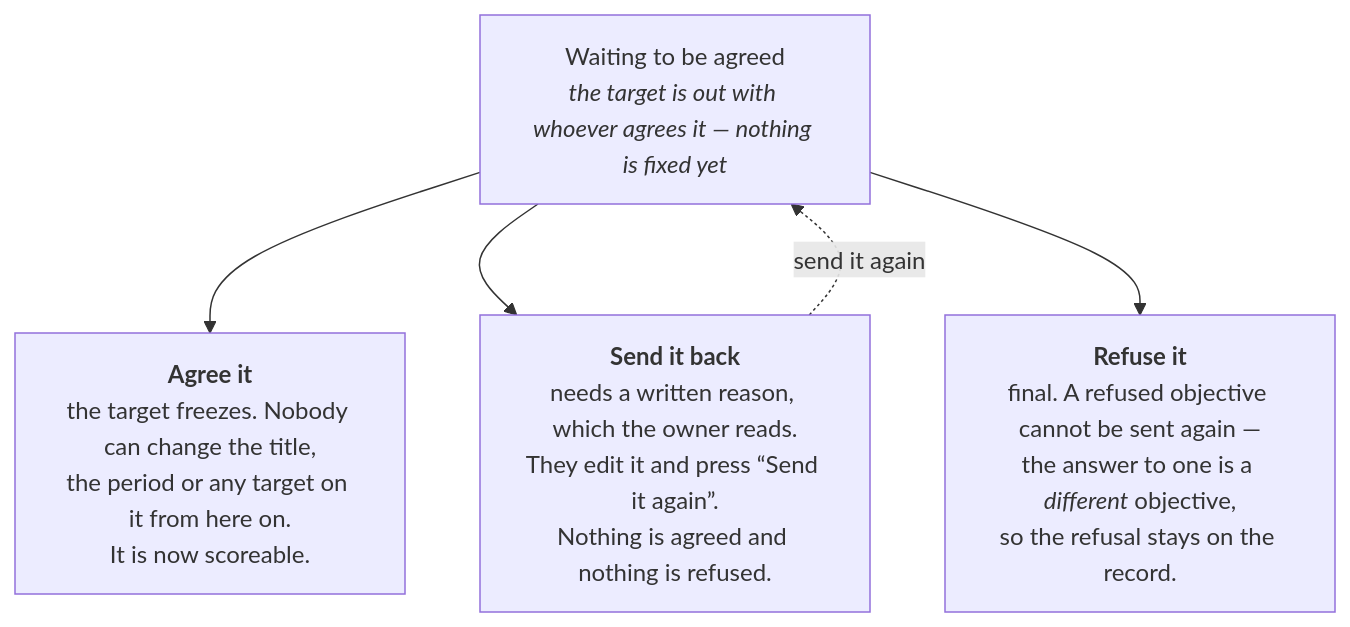
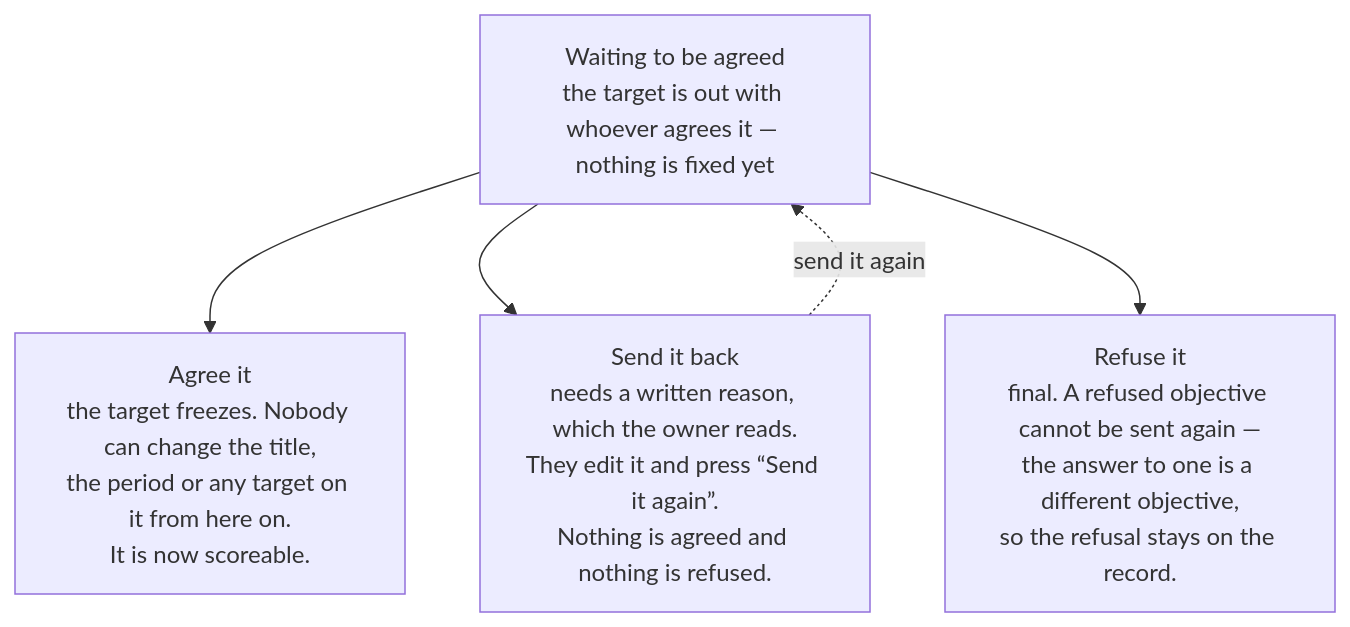
The second of 3 diagrams in docs/walkthroughs/performance.md (SchullGroup/approvehr-frontend-v2), drawn with Mermaid before and after one commit. The commit also changed other lines of this file, not shown here.

First line of the commit message:
docs(walkthrough): drop markup GitHub's mermaid would print rather than render

````diff
--- a/docs/walkthroughs/performance.md
+++ b/docs/walkthroughs/performance.md
@@ -405,8 +405,8 @@
 ```mermaid
 flowchart TD
-  S["Waiting to be agreed<br/><i>the target is out with whoever agrees it — nothing is fixed yet</i>"]
-  S --> A["<b>Agree it</b><br/>the target freezes. Nobody can change the title,<br/>the period or any target on it from here on.<br/>It is now scoreable."]
-  S --> B["<b>Send it back</b><br/>needs a written reason, which the owner reads.<br/>They edit it and press “Send it again”.<br/>Nothing is agreed and nothing is refused."]
-  S --> C["<b>Refuse it</b><br/>final. A refused objective cannot be sent again —<br/>the answer to one is a <i>different</i> objective,<br/>so the refusal stays on the record."]
+  S["Waiting to be agreed<br/>the target is out with whoever agrees it — nothing is fixed yet"]
+  S --> A["Agree it<br/>the target freezes. Nobody can change the title,<br/>the period or any target on it from here on.<br/>It is now scoreable."]
+  S --> B["Send it back<br/>needs a written reason, which the owner reads.<br/>They edit it and press “Send it again”.<br/>Nothing is agreed and nothing is refused."]
+  S --> C["Refuse it<br/>final. A refused objective cannot be sent again —<br/>the answer to one is a different objective,<br/>so the refusal stays on the record."]
   B -. "send it again" .-> S
 ```
````
